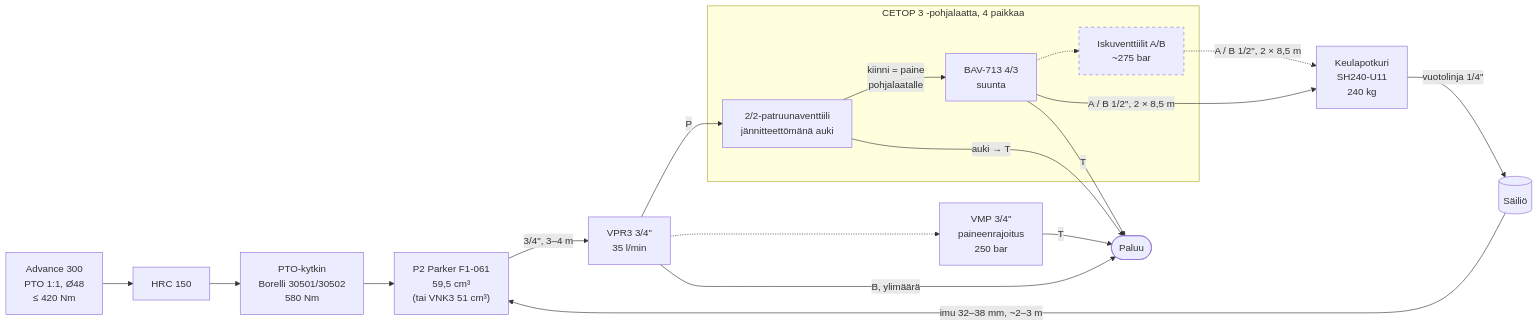
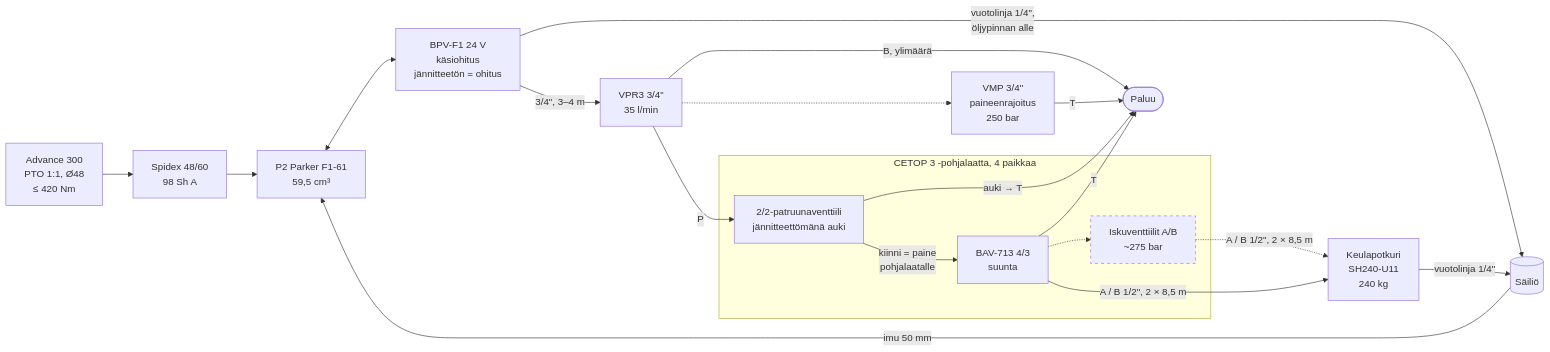
Before and after one commit to plektra/vega-systems: the second of 3 diagrams in hydraulics/schematic.md, drawn with Mermaid. The commit also changed other lines of this file and 6 other files, not shown here.

Commit message:
Decide P2 drive: Parker F1-61 with BPV, Spidex coupling, 50 mm suction, drain line

````diff
--- a/hydraulics/schematic.md
+++ b/hydraulics/schematic.md
@@ -38,39 +38,41 @@
 ```mermaid
 flowchart LR
   GB["Advance 300<br/>PTO 1:1, Ø48<br/>≤ 420 Nm"]
-  HRC["HRC 150"]
-  CL["PTO-kytkin<br/>Borelli 30501/30502<br/>580 Nm"]
+  CPL["Spidex 48/60<br/>98 Sh A"]
   TANK[("Säiliö")]
-  P2["P2 Parker F1-061<br/>59,5 cm³<br/>(tai VNK3 51 cm³)"]
+  P2["P2 Parker F1-61<br/>59,5 cm³"]
+  BPV["BPV-F1 24 V<br/>käsiohitus<br/>jännitteetön = ohitus"]
   VPR3["VPR3 3/4#quot;<br/>35 l/min"]
   VMP["VMP 3/4#quot;<br/>paineenrajoitus<br/>250 bar"]
   UNL["2/2-patruunaventtiili<br/>jännitteettömänä auki"]
   BAV["BAV-713 4/3<br/>suunta"]
   SHOCK["Iskuventtiilit A/B<br/>~275 bar"]
   THR["Keulapotkuri<br/>SH240-U11<br/>240 kg"]
   RET(["Paluu"])
 
-  GB --> HRC --> CL --> P2
-  TANK -->|"imu 32–38 mm, ~2–3 m"| P2
-  P2 -->|"3/4#quot;, 3–4 m"| VPR3
+  GB --> CPL --> P2
+  TANK -->|"imu 50 mm"| P2
+  P2 <--> BPV
+  BPV -->|"vuotolinja 1/4#quot;,<br/>öljypinnan alle"| TANK
+  BPV -->|"3/4#quot;, 3–4 m"| VPR3
   VPR3 -->|P| UNL
   VPR3 -.-> VMP
   UNL -->|"kiinni = paine<br/>pohjalaatalle"| BAV
   BAV -.-> SHOCK
   SHOCK -.->|"A / B 1/2#quot;, 2 × 8,5 m"| THR
   BAV -->|"A / B 1/2#quot;, 2 × 8,5 m"| THR
   VPR3 -->|"B, ylimäärä"| RET
   UNL -->|"auki → T"| RET
   BAV -->|T| RET
   VMP -->|T| RET
   THR -->|"vuotolinja 1/4#quot;"| TANK
 
   subgraph MAN ["CETOP 3 -pohjalaatta, 4 paikkaa"]
     UNL
     BAV
     SHOCK
   end
 
   classDef planned stroke-dasharray: 5 5
   class SHOCK planned
 ```
````
